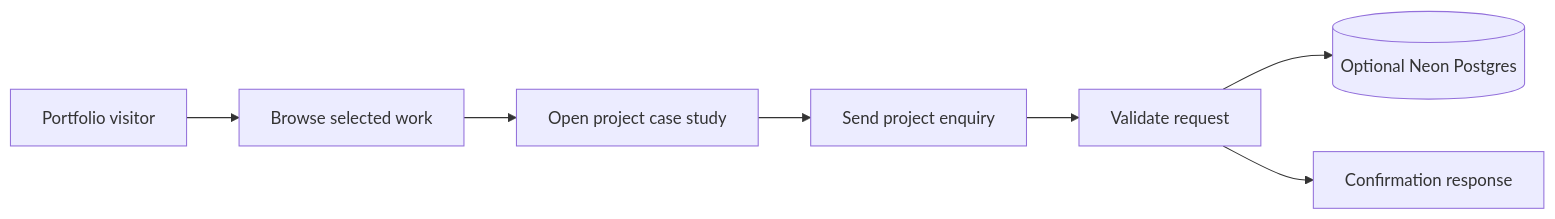
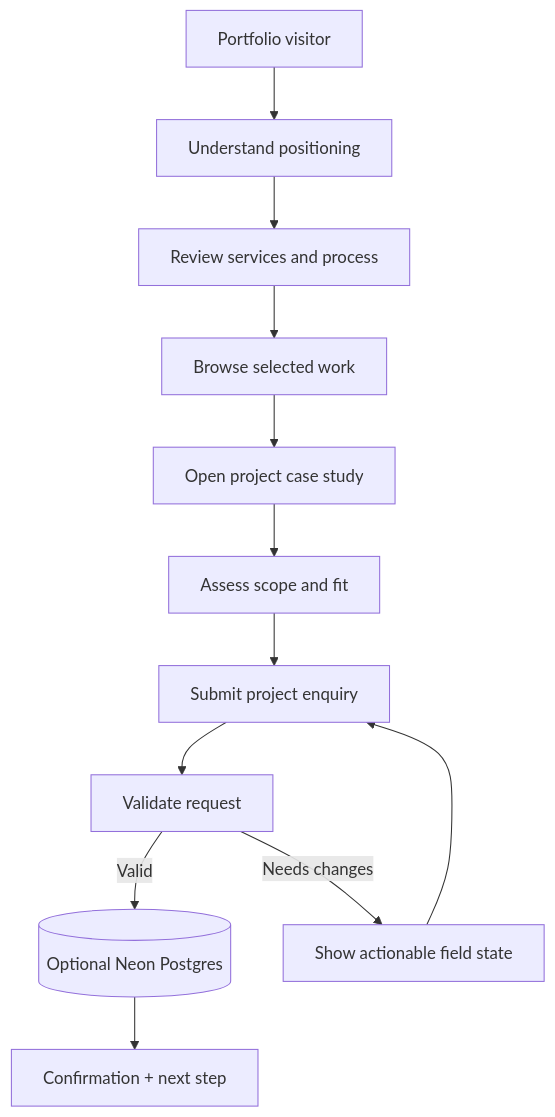
One commit to kajolmehra/northstar-developer-portfolio changed the diagram in README.md. Above: the diagram before and after it, drawn with Mermaid. The commit also changed other lines of this file and 1 other file, not shown here.

````diff
--- a/README.md
+++ b/README.md
@@ -73,9 +75,14 @@
 ```mermaid
-flowchart LR
-    Visitor[Portfolio visitor] --> Work[Browse selected work]
+flowchart TB
+    Visitor[Portfolio visitor] --> Position[Understand positioning]
+    Position --> Explore[Review services and process]
+    Explore --> Work[Browse selected work]
     Work --> Detail[Open project case study]
-    Detail --> Contact[Send project enquiry]
-    Contact --> Validate[Validate request]
-    Validate --> Store[(Optional Neon Postgres)]
-    Validate --> Notify[Confirmation response]
+    Detail --> Fit[Assess scope and fit]
+    Fit --> Enquiry[Submit project enquiry]
+    Enquiry --> Validate[Validate request]
+    Validate -->|Valid| Store[(Optional Neon Postgres)]
+    Validate -->|Needs changes| FormState[Show actionable field state]
+    FormState --> Enquiry
+    Store --> Confirm[Confirmation + next step]
 ```
````
